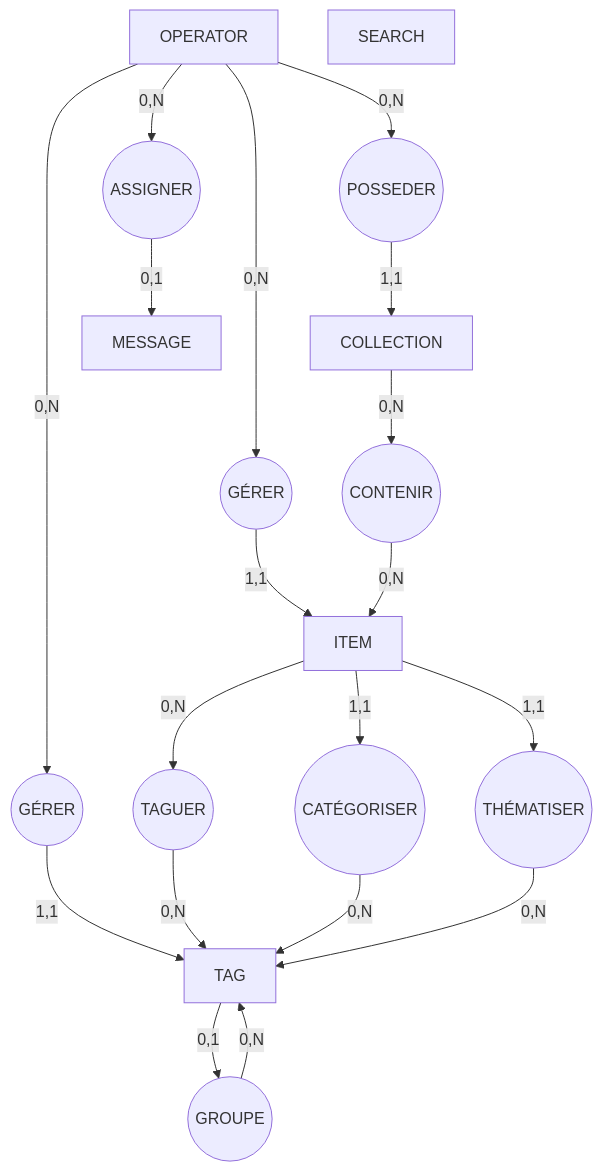
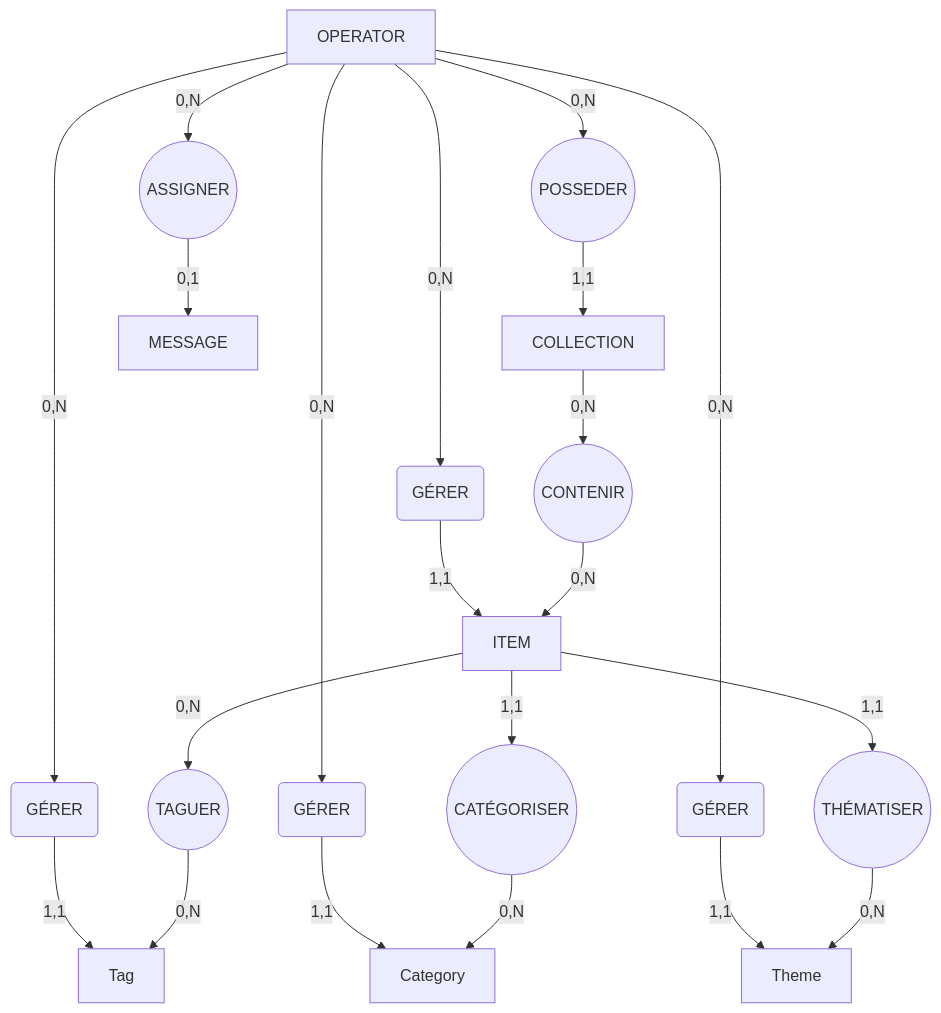
Before and after one commit to EFP-DEV/1-X75-Atelier: the diagram in assets/MCD.mermaid, drawn with Mermaid.

```diff
--- a/assets/MCD.mermaid
+++ b/assets/MCD.mermaid
@@ -1,44 +1,50 @@
 graph TD
     OPERATOR["OPERATOR"]
     ITEM["ITEM"]
-    TAG["TAG"]
+    TAG["Tag"]
+    CATEGORY["Category"]
+    THEME["Theme"]
     COLLECTION["COLLECTION"]
-    SEARCH["SEARCH"]
     MESSAGE["MESSAGE"]
 
-    GERER_ITEM(("GÉRER"))
     POSSEDER(("POSSEDER"))
     ASSIGNER(("ASSIGNER"))
     TAGUER(("TAGUER"))
     CONTENIR(("CONTENIR"))
-    GERER_TAG(("GÉRER"))
+    GERER_ITEM("GÉRER")
+    GERER_TAG("GÉRER")
+    GERER_CAT("GÉRER")
+    GERER_THEME("GÉRER")
     CATEGORISER(("CATÉGORISER"))
     THEMATISER(("THÉMATISER"))
-    GROUPER(("GROUPE"))
 
     OPERATOR -->|"0,N"| GERER_ITEM
     GERER_ITEM -->|"1,1"| ITEM
+
+    OPERATOR -->|"0,N"| GERER_CAT
+    GERER_CAT -->|"1,1"| CATEGORY
+
+    OPERATOR -->|"0,N"| GERER_THEME
+    GERER_THEME -->|"1,1"| THEME
+
 
     OPERATOR -->|"0,N"| GERER_TAG
     GERER_TAG -->|"1,1"| TAG
 
     OPERATOR -->|"0,N"| POSSEDER
     POSSEDER -->|"1,1"| COLLECTION
 
     OPERATOR -->|"0,N"| ASSIGNER
     ASSIGNER -->|"0,1"| MESSAGE
 
     ITEM     -->|"0,N"| TAGUER
     TAGUER   -->|"0,N"| TAG
 
     COLLECTION -->|"0,N"| CONTENIR
     CONTENIR   -->|"0,N"| ITEM
 
     ITEM -->|"1,1"| CATEGORISER
-    CATEGORISER -->|"0,N"| TAG
+    CATEGORISER -->|"0,N"| CATEGORY
 
     ITEM -->|"1,1"| THEMATISER
-    THEMATISER -->|"0,N"| TAG
-
-    TAG -->|"0,1"| GROUPER 
-    GROUPER -->|"0,N"| TAG 
+    THEMATISER -->|"0,N"| THEME
```
